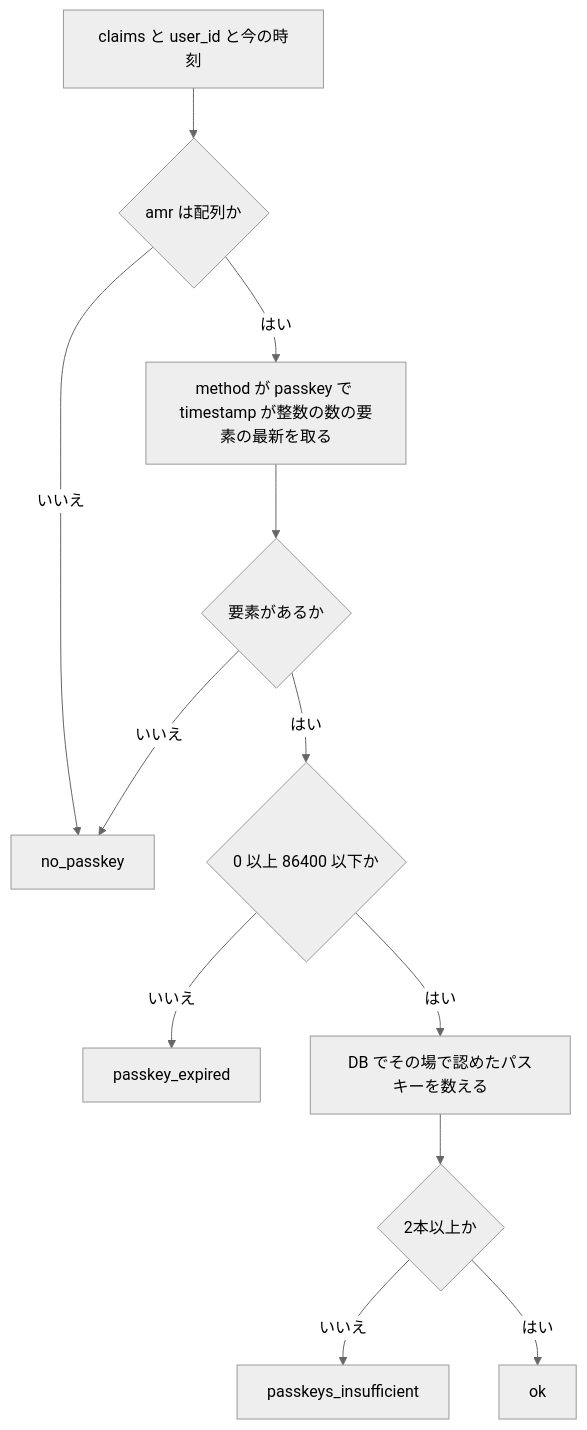
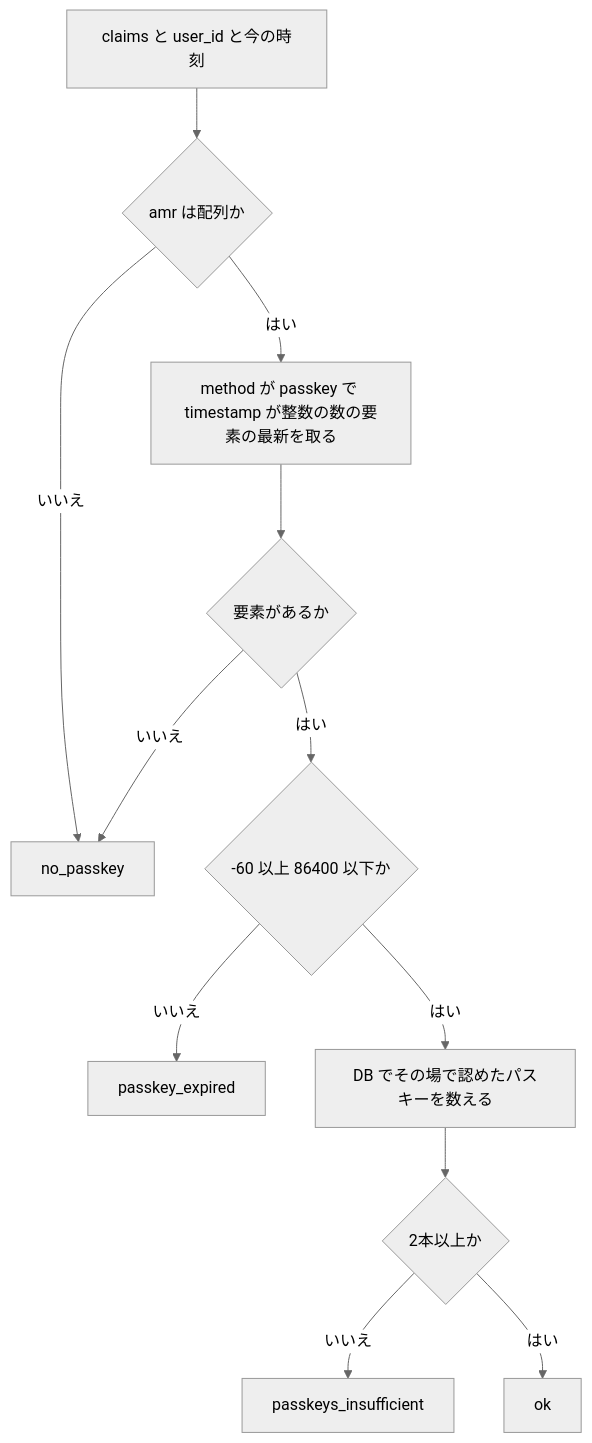
The fifth of 6 diagrams in docs/04_DetailDesign/sequence/auth-staff-passkey-entry.md (ChocoWork/o_official), drawn with Mermaid (neutral theme) before and after one commit. The commit also changed other lines of this file and 5 other files, not shown here.

````diff
--- a/docs/04_DetailDesign/sequence/auth-staff-passkey-entry.md
+++ b/docs/04_DetailDesign/sequence/auth-staff-passkey-entry.md
@@ -177,14 +177,14 @@
 ```mermaid
 flowchart TD
     A[claims と user_id と今の時刻] --> B{amr は配列か}
     B -- いいえ --> N[no_passkey]
     B -- はい --> C[method が passkey で timestamp が整数の数の要素の最新を取る]
     C --> D{要素があるか}
     D -- いいえ --> N
-    D -- はい --> E{0 以上 86400 以下か}
+    D -- はい --> E{-60 以上 86400 以下か}
     E -- いいえ --> X[passkey_expired]
     E -- はい --> F[DB でその場で認めたパスキーを数える]
     F --> G{2本以上か}
     G -- いいえ --> I[passkeys_insufficient]
     G -- はい --> OK[ok]
 ```
````
